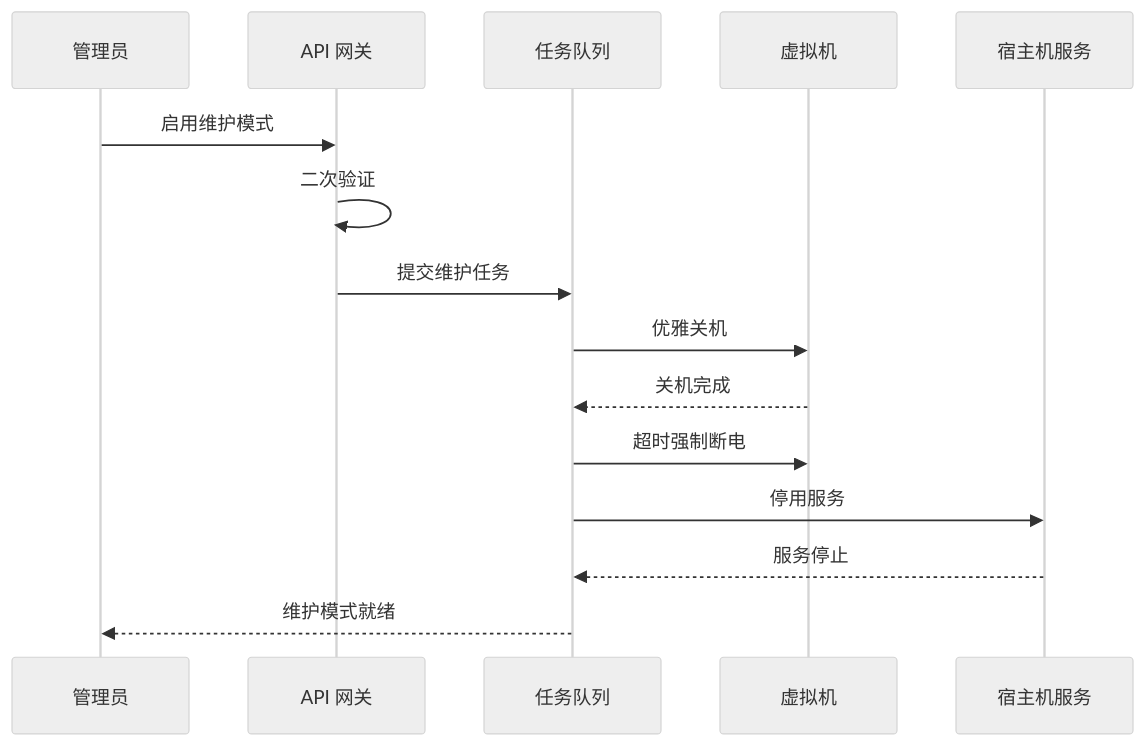
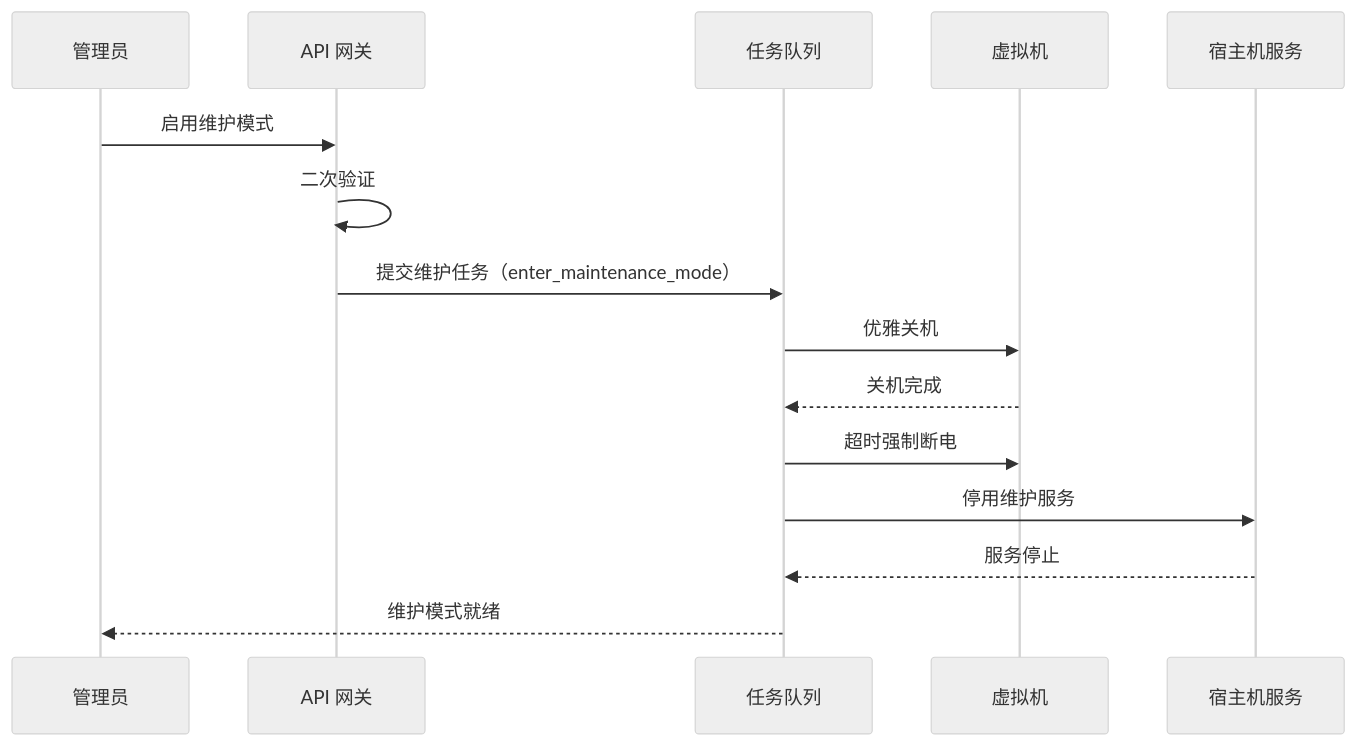
One commit to QVMConsole/docs changed the third of 4 diagrams in docs/system-settings/system-settings.mdx. Above: the diagram before and after it, drawn with Mermaid (neutral theme). The commit also changed other lines of this file and 37 other files, not shown here.

````diff
--- a/docs/system-settings/system-settings.mdx
+++ b/docs/system-settings/system-settings.mdx
@@ -394,18 +312,18 @@
 ```mermaid
 sequenceDiagram
     participant A as 管理员
     participant B as API 网关
     participant C as 任务队列
     participant D as 虚拟机
     participant E as 宿主机服务
-    
+
     A->>B: 启用维护模式
     B->>B: 二次验证
-    B->>C: 提交维护任务
+    B->>C: 提交维护任务（enter_maintenance_mode）
     C->>D: 优雅关机
     D-->>C: 关机完成
     C->>D: 超时强制断电
-    C->>E: 停用服务
+    C->>E: 停用维护服务
     E-->>C: 服务停止
     C-->>A: 维护模式就绪
 ```
````
